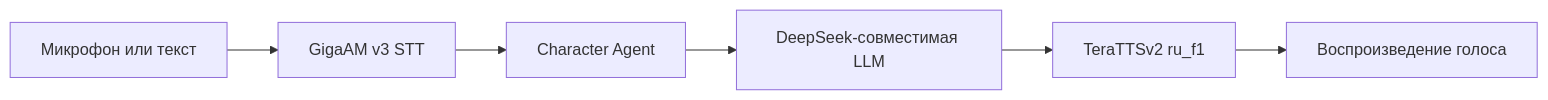
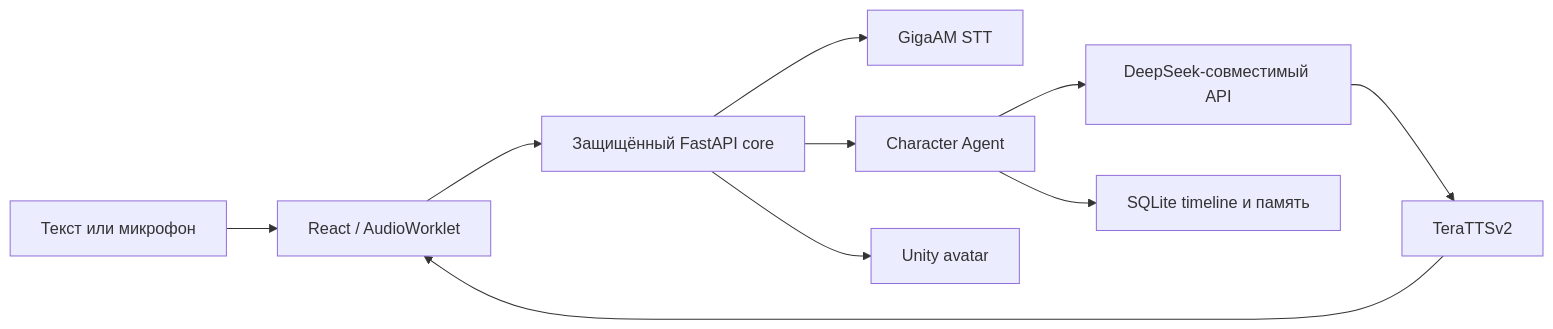
The diagram in README.ru.md (bad1and/NeuroAsist), drawn with Mermaid before and after one commit. The commit also changed other lines of this file and 55 other files, not shown here.

````diff
--- a/README.ru.md
+++ b/README.ru.md
@@ -32,8 +42,12 @@
 ```mermaid
 flowchart LR
-    A[Микрофон или текст] --> B[GigaAM v3 STT]
-    B --> C[Character Agent]
-    C --> D[DeepSeek-совместимая LLM]
-    D --> E[TeraTTSv2 ru_f1]
-    E --> F[Воспроизведение голоса]
+    A[Текст или микрофон] --> B[React / AudioWorklet]
+    B --> C[Защищённый FastAPI core]
+    C --> D[GigaAM STT]
+    C --> E[Character Agent]
+    E --> F[DeepSeek-совместимый API]
+    E --> G[SQLite timeline и память]
+    F --> H[TeraTTSv2]
+    H --> B
+    C --> I[Unity avatar]
 ```
````
